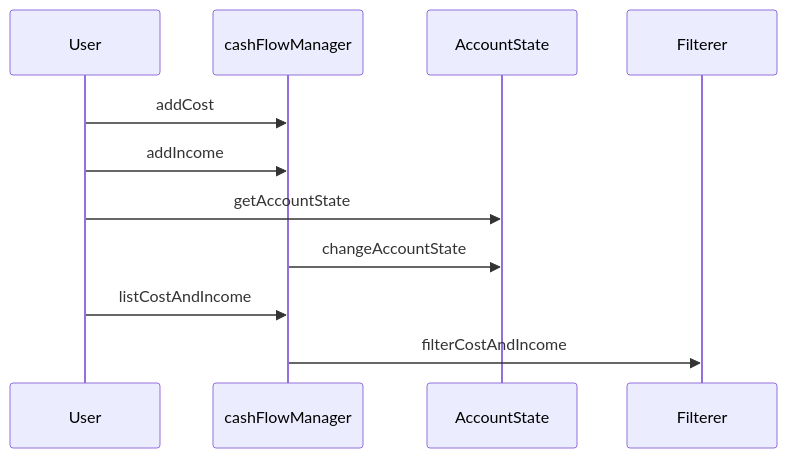
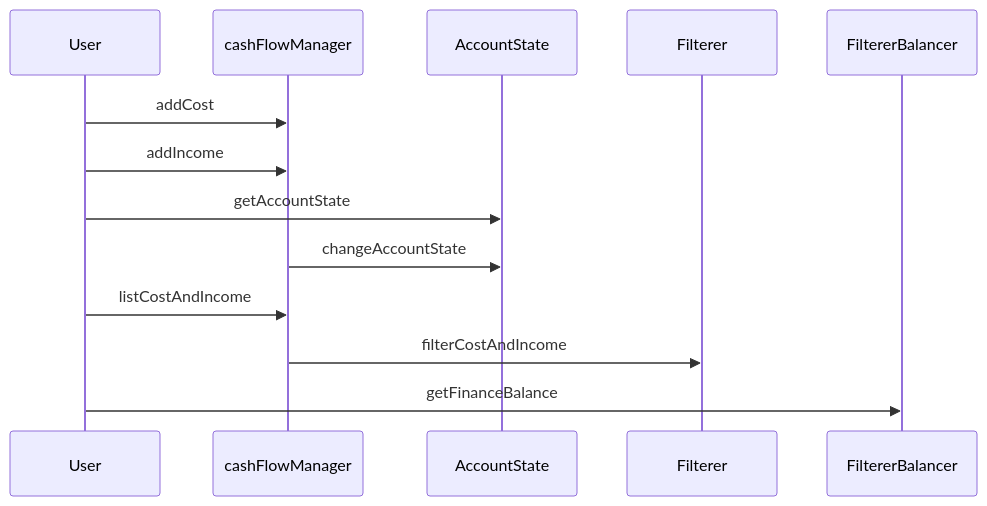
The diagram in README.md (kempakepa/budgetProject), drawn with Mermaid before and after one commit. The commit also changed 11 other files, not shown here.

First line of the commit message:
feat(#2): add filterer balancer (#3)

````diff
--- a/README.md
+++ b/README.md
@@ -22,9 +22,10 @@
 ```mermaid
 sequenceDiagram
     User->>cashFlowManager: addCost
     User->>cashFlowManager: addIncome
     User->>AccountState: getAccountState
     cashFlowManager->>AccountState: changeAccountState
     User->>cashFlowManager: listCostAndIncome
     cashFlowManager->>Filterer: filterCostAndIncome
+    User->>FiltererBalancer: getFinanceBalance
 ```
````
